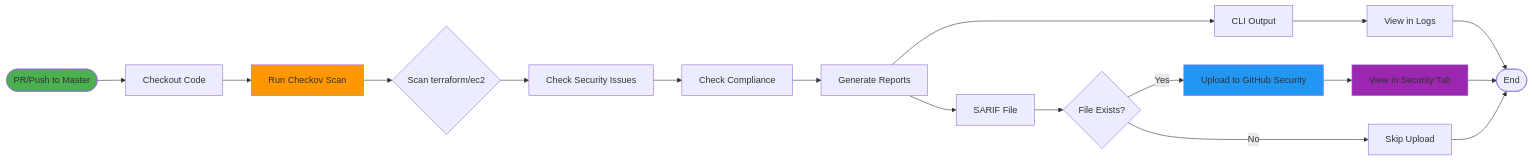
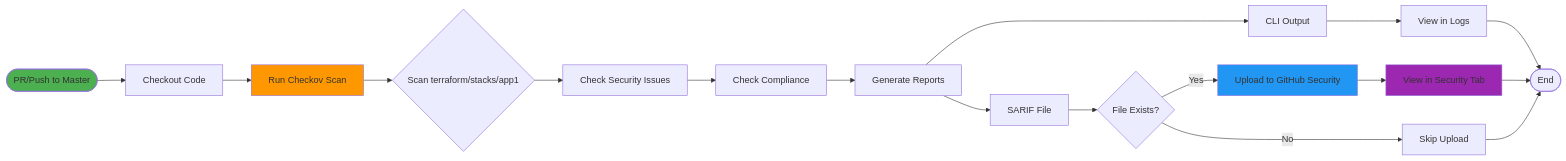
One commit to vegatros/repo1 changed the fourth of 15 diagrams in DIAGRAMS.md. Above: the diagram before and after it, drawn with Mermaid. The commit also changed other lines of this file and 10 other files, not shown here.

Commit message:
Restructure: move ec2 to terraform/stacks/app1

````diff
--- a/DIAGRAMS.md
+++ b/DIAGRAMS.md
@@ -133,29 +137,29 @@
 ```mermaid
 flowchart LR
     A([PR/Push to Master]) --> B[Checkout Code]
     B --> C[Run Checkov Scan]
-    C --> D{Scan terraform/ec2}
+    C --> D{Scan terraform/stacks/app1}
     
     D --> E[Check Security Issues]
     E --> F[Check Compliance]
     F --> G[Generate Reports]
     
     G --> H[CLI Output]
     G --> I[SARIF File]
     
     I --> J{File Exists?}
     J -->|Yes| K[Upload to GitHub Security]
     J -->|No| L[Skip Upload]
     
     K --> M[View in Security Tab]
     H --> N[View in Logs]
     
     M --> O([End])
     N --> O
     L --> O
     
     style A fill:#4caf50
     style C fill:#ff9800
     style K fill:#2196f3
     style M fill:#9c27b0
 ```
````
